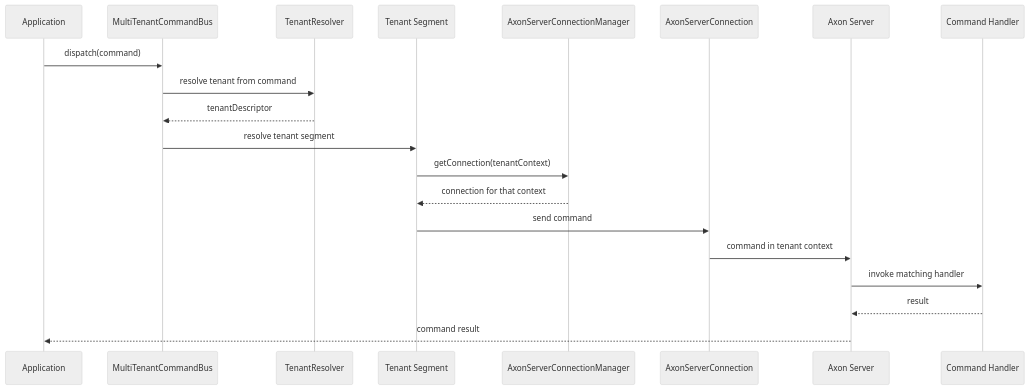
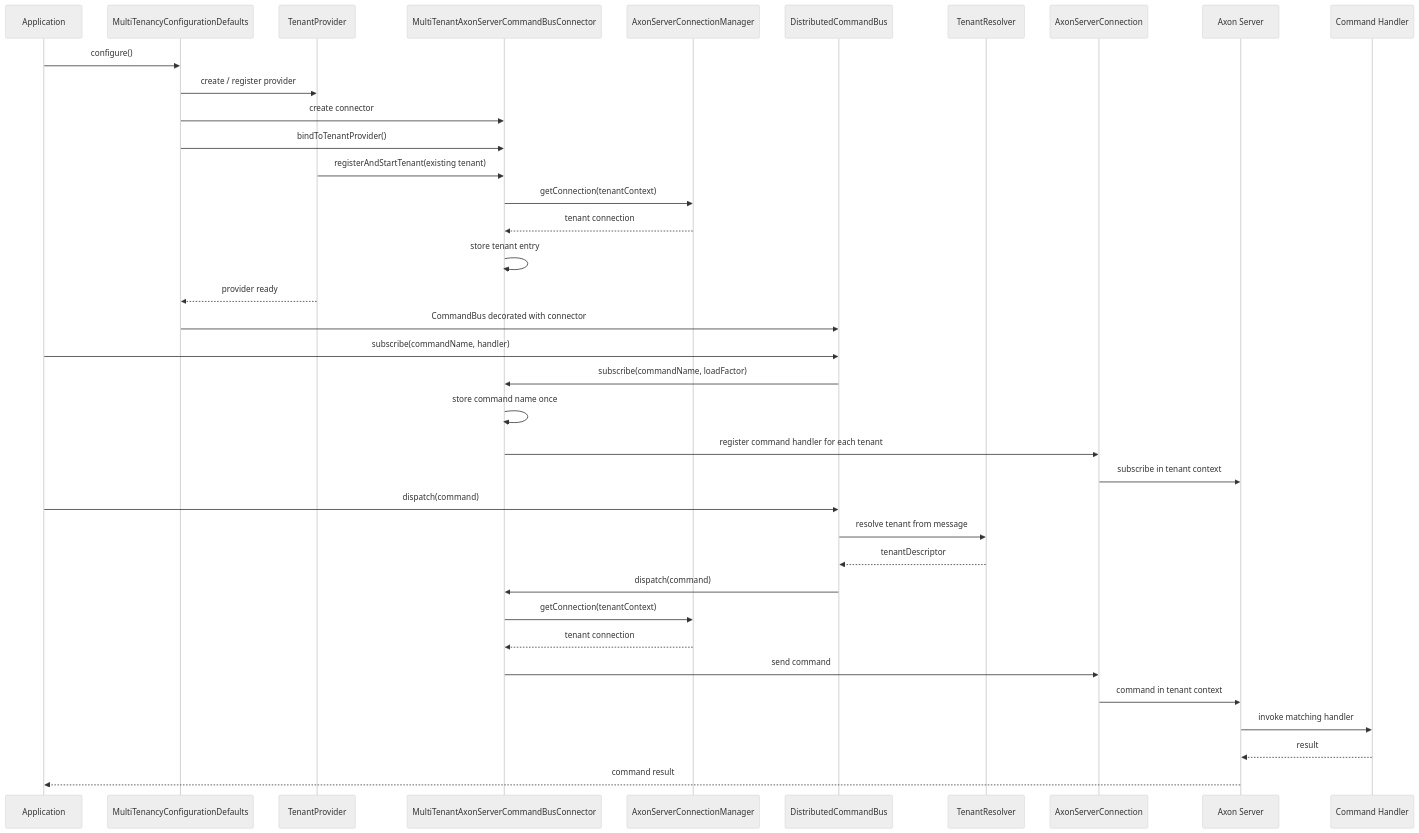
Before and after one commit to AxonIQ/axoniq-framework: the second of 2 diagrams in messaging/axoniq-multi-tenancy/README.md, drawn with Mermaid (neutral theme). The commit also changed other lines of this file and 38 other files, not shown here.

First line of the commit message:
feat(176): multi tenancy module

````diff
--- a/messaging/axoniq-multi-tenancy/README.md
+++ b/messaging/axoniq-multi-tenancy/README.md
@@ -103,23 +114,42 @@
 ```mermaid
 sequenceDiagram
     participant App as Application
-    participant MT as MultiTenantCommandBus
+    participant Enh as MultiTenancyConfigurationDefaults
+    participant Prov as TenantProvider
+    participant Conn as MultiTenantAxonServerCommandBusConnector
+    participant CM as AxonServerConnectionManager
+    participant Dist as DistributedCommandBus
     participant TR as TenantResolver
-    participant TS as Tenant Segment
-    participant CM as AxonServerConnectionManager
     participant CX as AxonServerConnection
     participant AS as Axon Server
     participant H as Command Handler
 
-    App->>MT: dispatch(command)
-    MT->>TR: resolve tenant from command
-    TR-->>MT: tenantDescriptor
-    MT->>TS: resolve tenant segment
-    TS->>CM: getConnection(tenantContext)
-    CM-->>TS: connection for that context
-    TS->>CX: send command
+    App->>Enh: configure()
+    Enh->>Prov: create / register provider
+    Enh->>Conn: create connector
+    Enh->>Conn: bindToTenantProvider()
+    Prov->>Conn: registerAndStartTenant(existing tenant)
+    Conn->>CM: getConnection(tenantContext)
+    CM-->>Conn: tenant connection
+    Conn->>Conn: store tenant entry
+    Prov-->>Enh: provider ready
+    Enh->>Dist: CommandBus decorated with connector
+
+    App->>Dist: subscribe(commandName, handler)
+    Dist->>Conn: subscribe(commandName, loadFactor)
+    Conn->>Conn: store command name once
+    Conn->>CX: register command handler for each tenant
+    CX->>AS: subscribe in tenant context
+
+    App->>Dist: dispatch(command)
+    Dist->>TR: resolve tenant from message
+    TR-->>Dist: tenantDescriptor
+    Dist->>Conn: dispatch(command)
+    Conn->>CM: getConnection(tenantContext)
+    CM-->>Conn: tenant connection
+    Conn->>CX: send command
     CX->>AS: command in tenant context
     AS->>H: invoke matching handler
     H-->>AS: result
     AS-->>App: command result
 ```
````
